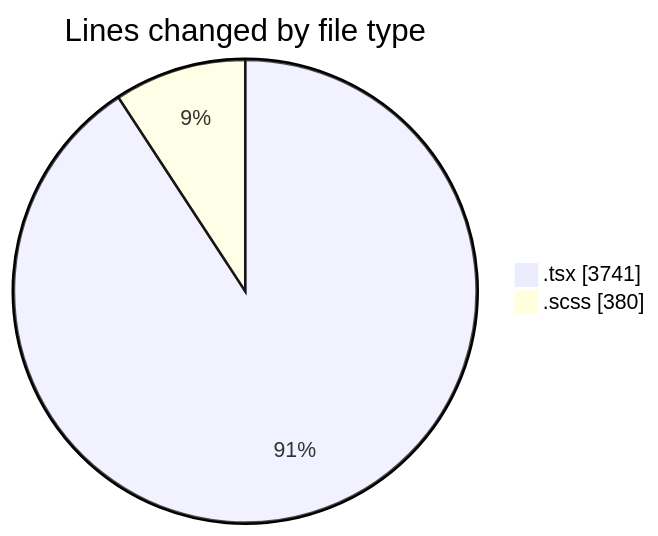
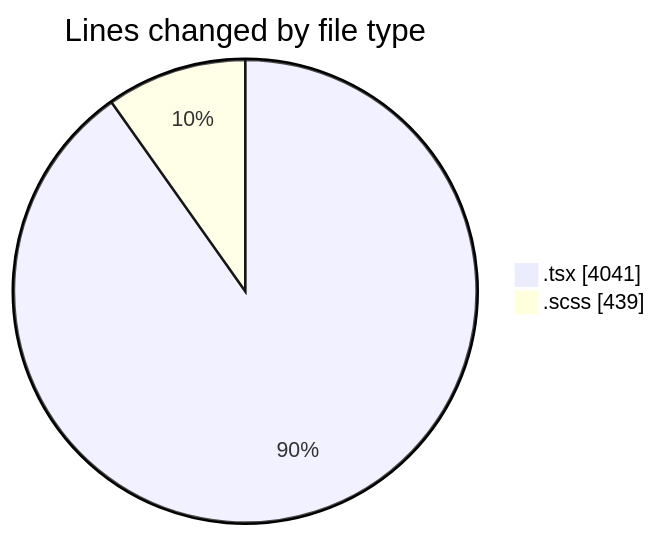
One commit to momahboobian/code-tracking changed the first of 2 diagrams in 2026-10-20/cda/README.md. Above: the diagram before and after it, drawn with Mermaid. The commit also changed other lines of this file and 1 other file, not shown here.

````diff
--- a/2026-10-20/cda/README.md
+++ b/2026-10-20/cda/README.md
@@ -34,6 +35,6 @@
 ```mermaid
 pie showData
 title Lines changed by file type
-".tsx" : 3741
-".scss" : 380
+".tsx" : 4041
+".scss" : 439
 ```
````
